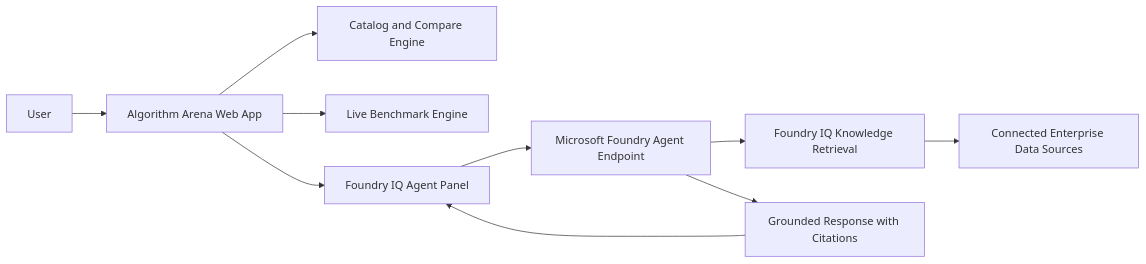
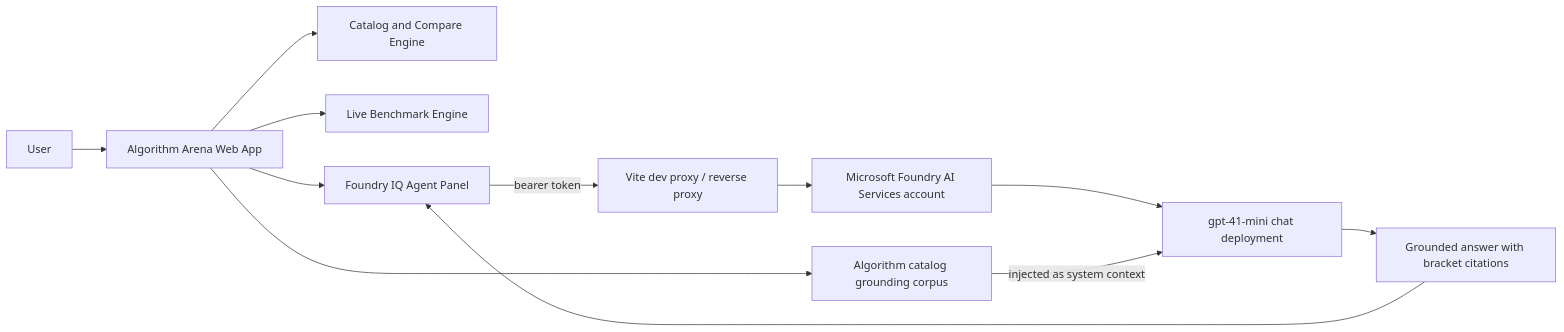
The diagram in README.md (adekeji/Algorithm-Arena), drawn with Mermaid before and after one commit. The commit also changed other lines of this file and 4 other files, not shown here.

Commit message:
Wire Foundry IQ Agent to gpt-41-mini deployment with grounded catalog and dev proxy

````diff
--- a/README.md
+++ b/README.md
@@ -27,12 +27,14 @@
 ```mermaid
 flowchart LR
   U[User] --> W[Algorithm Arena Web App]
   W --> C[Catalog and Compare Engine]
   W --> B[Live Benchmark Engine]
   W --> A[Foundry IQ Agent Panel]
-  A --> F[Microsoft Foundry Agent Endpoint]
-  F --> IQ[Foundry IQ Knowledge Retrieval]
-  IQ --> DS[Connected Enterprise Data Sources]
-  F --> R[Grounded Response with Citations]
+  A -- bearer token --> P[Vite dev proxy / reverse proxy]
+  P --> F[Microsoft Foundry AI Services account]
+  F --> M[gpt-41-mini chat deployment]
+  W --> G[Algorithm catalog grounding corpus]
+  G -- injected as system context --> M
+  M --> R[Grounded answer with bracket citations]
   R --> A
 ```
````
